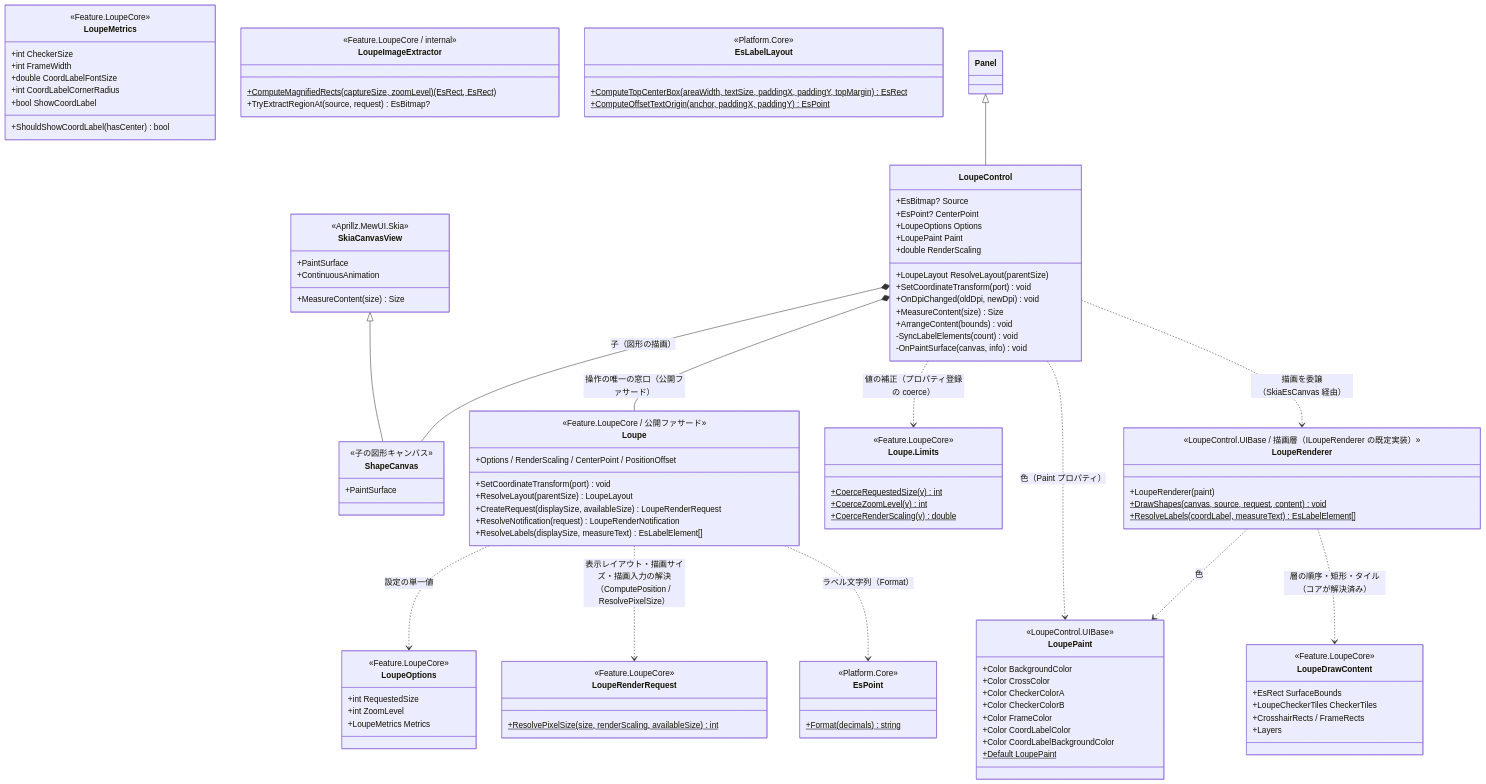
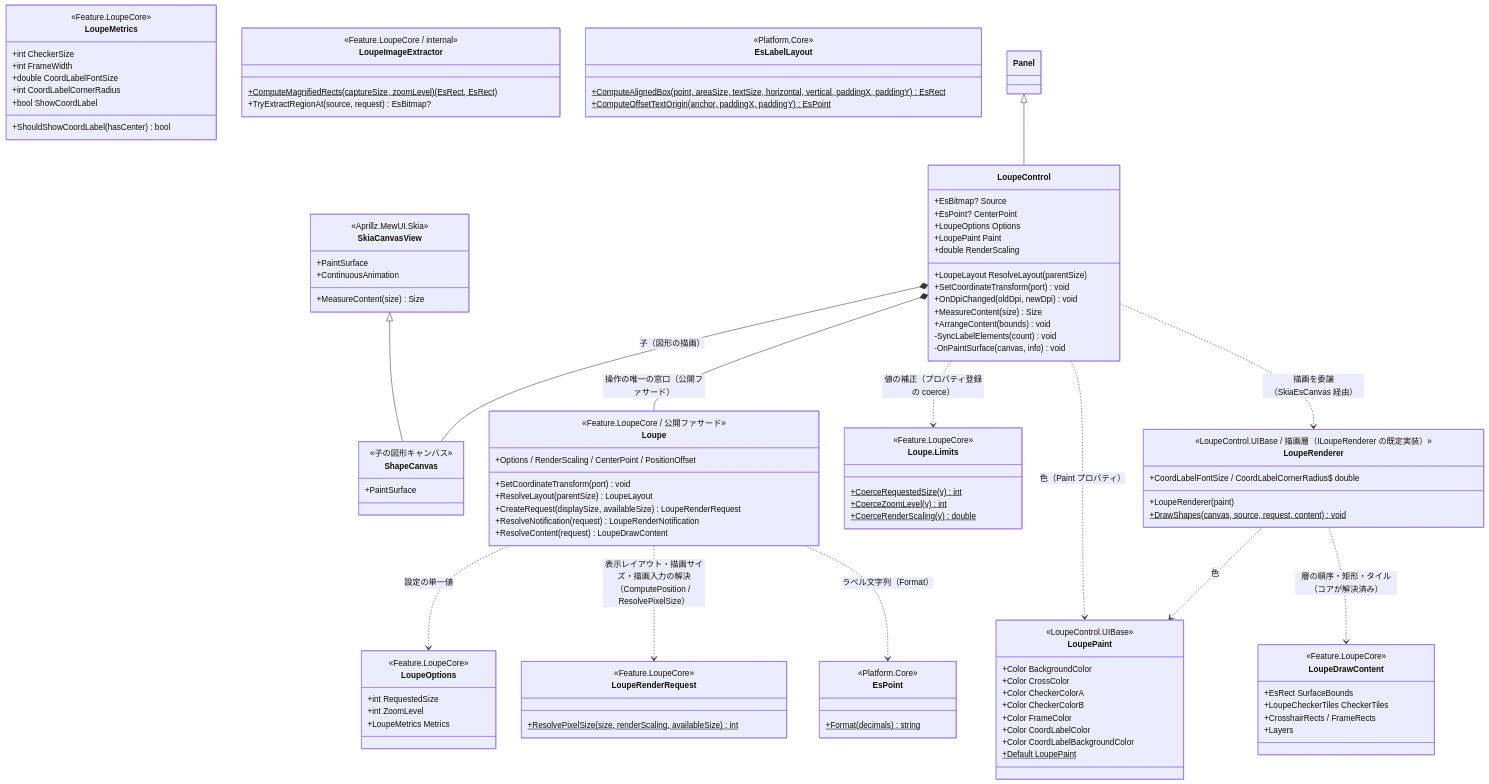
Before and after one commit to tomokuni/SaveEvidence: the first of 2 diagrams in src/LoupeControl.MewUI/SPEC_System.md, drawn with Mermaid. The commit also changed other lines of this file and 100 other files, not shown here.

```diff
--- a/src/LoupeControl.MewUI/SPEC_System.md
+++ b/src/LoupeControl.MewUI/SPEC_System.md
@@ -128,7 +129,7 @@
         <<LoupeControl.UIBase / 描画層（ILoupeRenderer の既定実装）>>
         +LoupeRenderer(paint)
         +DrawShapes(canvas, source, request, content)$ void
-        +ResolveLabels(coordLabel, measureText) EsLabelElement[]$
+        +CoordLabelFontSize / CoordLabelCornerRadius$ double
     }
     class Loupe.Limits {
         <<Feature.LoupeCore>>
@@ -150,7 +151,7 @@
     }
     class EsLabelLayout {
         <<Platform.Core>>
-        +ComputeTopCenterBox(areaWidth, textSize, paddingX, paddingY, topMargin)$ EsRect
+        +ComputeAlignedBox(point, areaSize, textSize, horizontal, vertical, paddingX, paddingY)$ EsRect
         +ComputeOffsetTextOrigin(anchor, paddingX, paddingY)$ EsPoint
     }
     class Loupe {
@@ -160,7 +161,7 @@
         +ResolveLayout(parentSize) LoupeLayout
         +CreateRequest(displaySize, availableSize) LoupeRenderRequest
         +ResolveNotification(request) LoupeRenderNotification
-        +ResolveLabels(displaySize, measureText) EsLabelElement[]
+        +ResolveContent(request) LoupeDrawContent
     }
     class LoupeRenderRequest {
         <<Feature.LoupeCore>>
```
